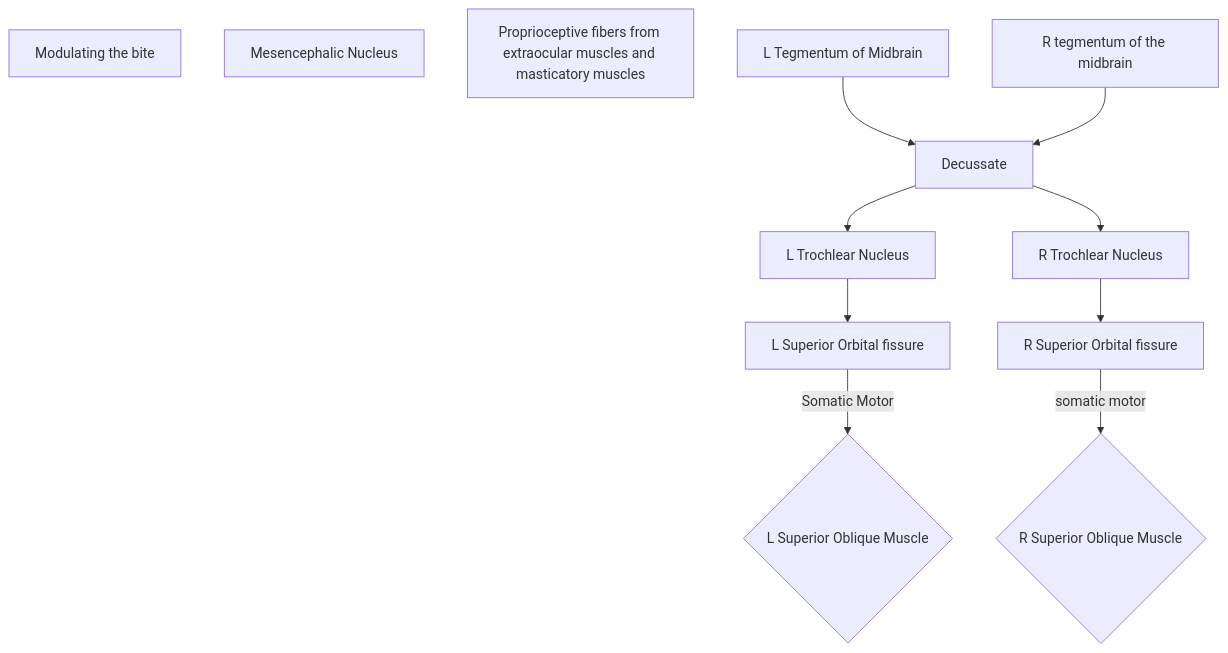
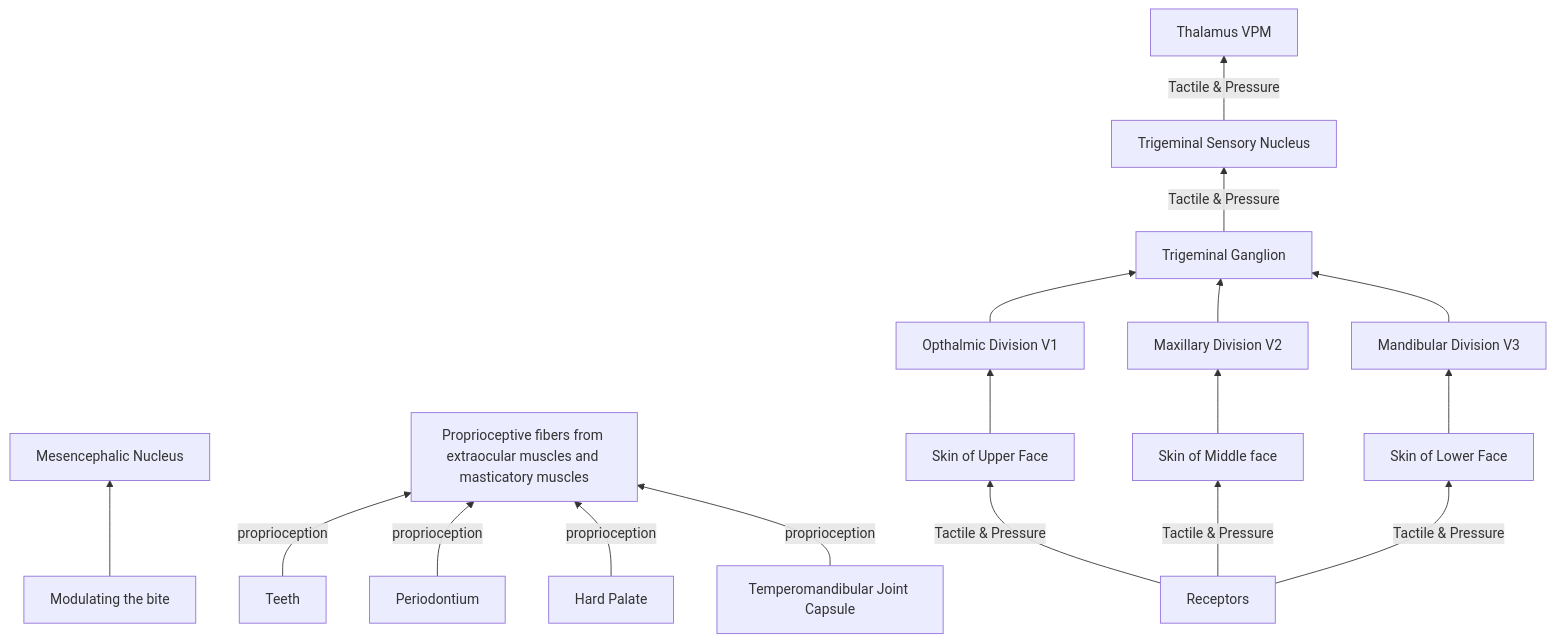
Before and after one commit to nateyomo/Yomogida-Kerstein-Lab: the first of 2 diagrams in Alchemy Archive/Neuro/Neuroanatomy/Cranial Nerves/CN5_Trigeminal.qmd, drawn with Mermaid. The commit also changed other lines of this file and 16 other files, not shown here.

````diff
--- a/Alchemy Archive/Neuro/Neuroanatomy/Cranial Nerves/CN5_Trigeminal.qmd
+++ b/Alchemy Archive/Neuro/Neuroanatomy/Cranial Nerves/CN5_Trigeminal.qmd
@@ -56,21 +72,32 @@
 ```{mermaid}
-flowchart TD
+flowchart BT
 
-  Mesecephalic_response[Modulating the bite]
-  mesencephalic_nucleus[Mesencephalic Nucleus]
+  mesencephalic_response[Modulating the bite]
+  mesencephalic_response --> mesencephalic_nucleus[Mesencephalic Nucleus]
   proprioceptive_fibers[Proprioceptive fibers from extraocular muscles and masticatory muscles]
-  Lmidbrain[L Tegmentum of Midbrain] --> Decussate[Decussate]
-  Decussate[Decussate] --> Ltrochlearnucleus[L Trochlear Nucleus]
   
-  Ltrochlearnucleus --> LSOF[L Superior Orbital fissure]
-  LSOF -- Somatic Motor --> LSOM{L Superior Oblique Muscle}
-  
+  teeth[Teeth] -- proprioception --> proprioceptive_fibers
+  periodontium[Periodontium] -- proprioception --> proprioceptive_fibers
+  hard_palate[Hard Palate] -- proprioception --> proprioceptive_fibers
+  temporomandibular_joint_capsule[Temperomandibular Joint Capsule] -- proprioception --> proprioceptive_fibers
 
-  RA[R tegmentum of the midbrain] --> Decussate[Decussate]
-  Decussate --> Rtrochlearnucleus[R Trochlear Nucleus]
-  Rtrochlearnucleus --> RSOF[R Superior Orbital fissure]
-  RSOF -- somatic motor --> RSOM{R Superior Oblique Muscle}
+trigeminal_ganglion[Trigeminal Ganglion]
 
 
 
+tactile_and_pressure_receptors[Receptors] -- Tactile & Pressure --> upper_face[Skin of Upper Face]
+tactile_and_pressure_receptors -- Tactile & Pressure --> middle_face[Skin of Middle face]
+tactile_and_pressure_receptors -- Tactile & Pressure --> lower_face[Skin of Lower Face]
+
+upper_face --> opthalmic[Opthalmic Division V1]
+middle_face --> maxillary[Maxillary Division V2]
+lower_face --> mandibular[Mandibular Division V3]
+
+opthalmic --> trigeminal_ganglion
+maxillary --> trigeminal_ganglion
+mandibular --> trigeminal_ganglion
+
+trigeminal_ganglion -- Tactile & Pressure --> trigeminal_sensory_nucleus[Trigeminal Sensory Nucleus]
+
+trigeminal_sensory_nucleus -- Tactile & Pressure --> VPM[Thalamus VPM]
 ```
````
